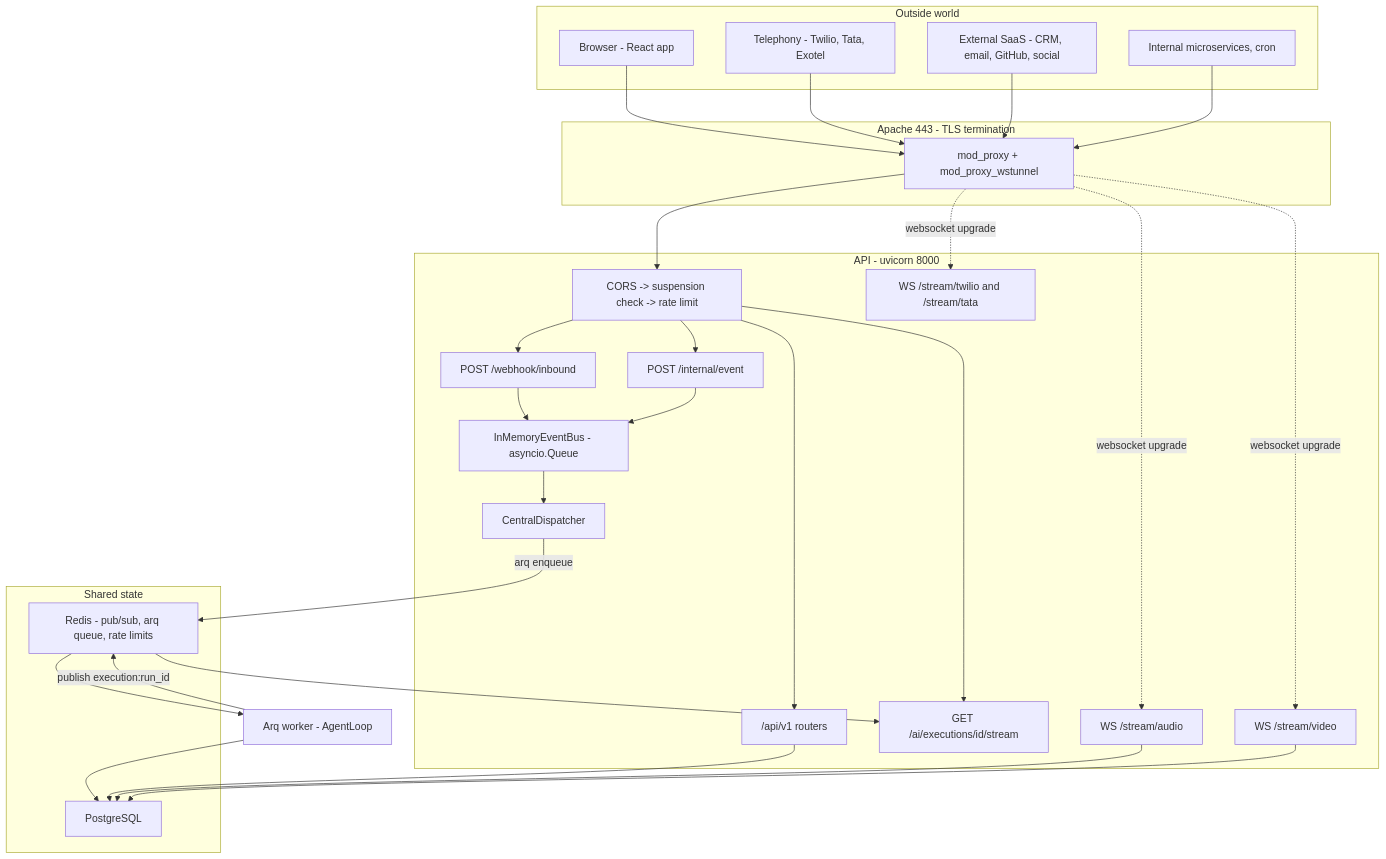
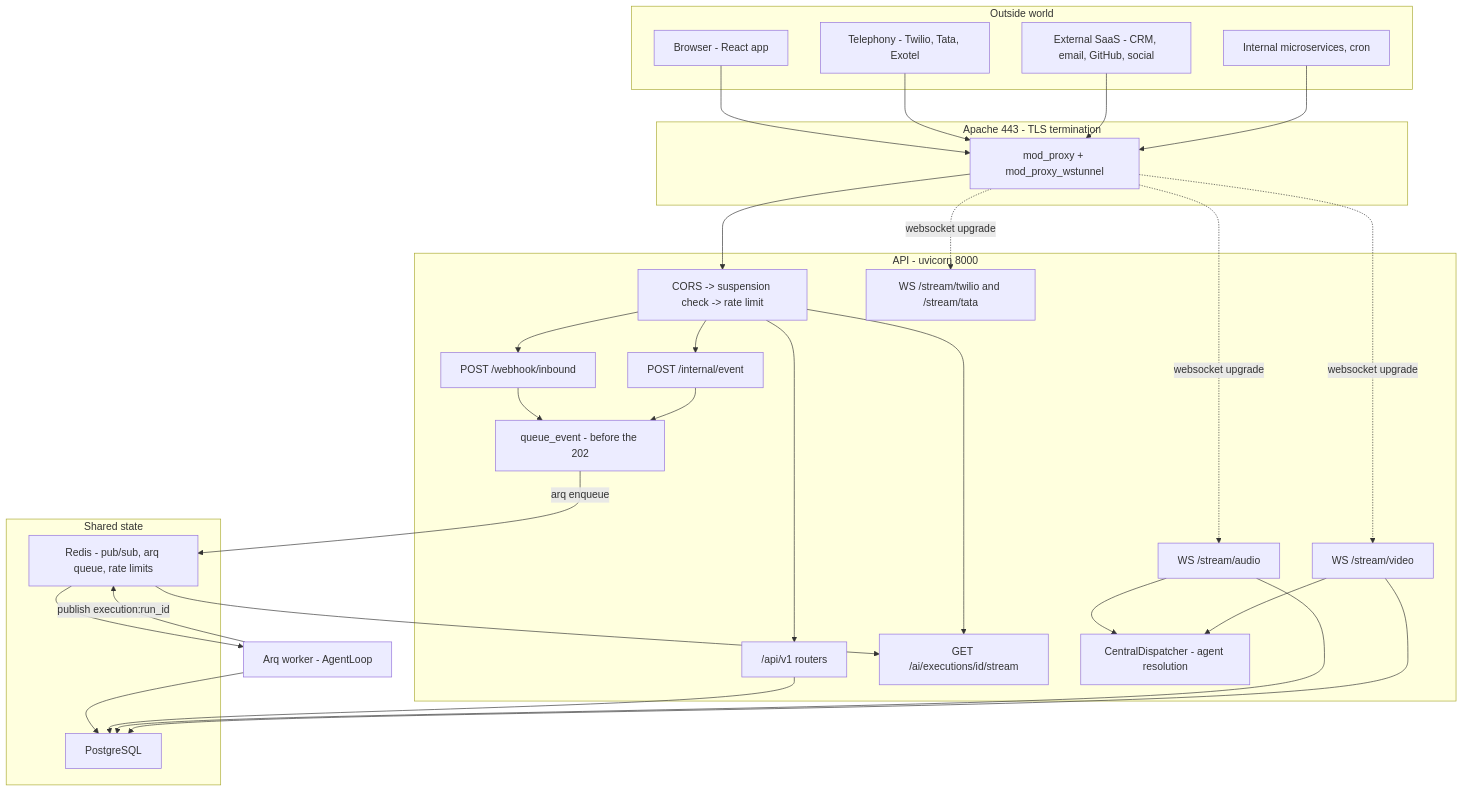
The first of 20 diagrams in docs/current/13-gateway-and-realtime.md (gondolerahul/hire-buddha-app), drawn with Mermaid before and after one commit. The commit also changed other lines of this file and 15 other files, not shown here.

````diff
--- a/docs/current/13-gateway-and-realtime.md
+++ b/docs/current/13-gateway-and-realtime.md
@@ -62,58 +62,59 @@
 ```mermaid
 graph TB
     subgraph Outside["Outside world"]
         BR["Browser - React app"]
         TEL["Telephony - Twilio, Tata, Exotel"]
         EXT["External SaaS - CRM, email, GitHub, social"]
         SVC["Internal microservices, cron"]
     end
 
     subgraph Edge["Apache 443 - TLS termination"]
         AP["mod_proxy + mod_proxy_wstunnel"]
     end
 
     subgraph API["API - uvicorn 8000"]
         MW["CORS -> suspension check -> rate limit"]
         REST["/api/v1 routers"]
         SSE["GET /ai/executions/id/stream"]
         R2["POST /webhook/inbound"]
         R3["POST /internal/event"]
         R4["WS /stream/audio"]
         R5["WS /stream/video"]
         R6["WS /stream/twilio and /stream/tata"]
-        BUS["InMemoryEventBus - asyncio.Queue"]
-        DISP["CentralDispatcher"]
+        QE["queue_event - before the 202"]
+        DISP["CentralDispatcher - agent resolution"]
     end
 
     subgraph State["Shared state"]
         RD["Redis - pub/sub, arq queue, rate limits"]
         PG["PostgreSQL"]
     end
 
     WK["Arq worker - AgentLoop"]
 
     BR --> AP
     TEL --> AP
     EXT --> AP
     SVC --> AP
     AP --> MW
     MW --> REST
     MW --> SSE
     MW --> R2
     MW --> R3
     AP -.websocket upgrade.-> R4
     AP -.websocket upgrade.-> R5
     AP -.websocket upgrade.-> R6
 
-    R2 --> BUS
-    R3 --> BUS
-    BUS --> DISP
-    DISP -->|arq enqueue| RD
+    R2 --> QE
+    R3 --> QE
+    QE -->|arq enqueue| RD
+    R4 --> DISP
+    R5 --> DISP
     RD --> WK
     WK --> PG
     WK -->|publish execution:run_id| RD
     RD --> SSE
     REST --> PG
     R4 --> PG
     R5 --> PG
 ```
````
